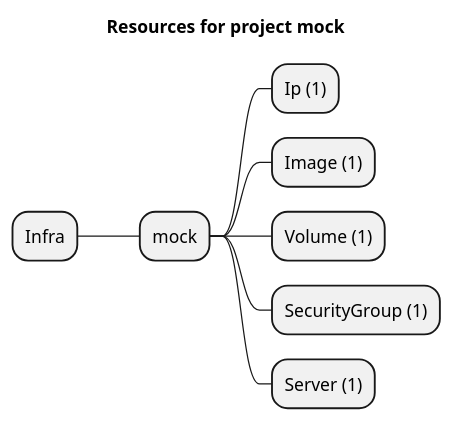
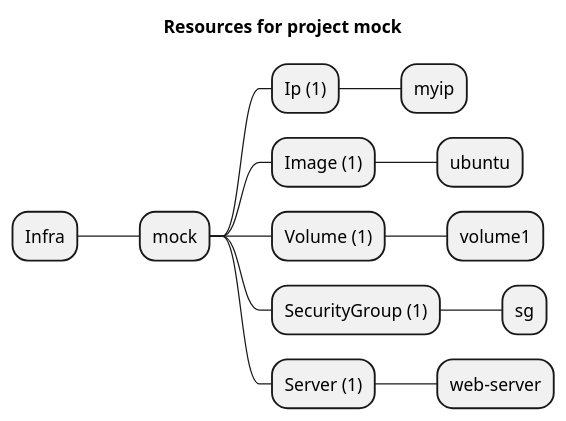
Before and after one commit to grucloud/grucloud: the diagram in packages/providers/mock/resources-mindmap.puml, drawn with PlantUML. The commit also changed 25 other files, not shown here.

Commit message:
add aws examples mindmap

```diff
--- a/packages/providers/mock/resources-mindmap.puml
+++ b/packages/providers/mock/resources-mindmap.puml
@@ -1,11 +1,16 @@
 @startmindmap
 title Resources for project mock
 skinparam monochrome true
 + Infra
 ++ mock
 +++ Ip (1)
+++++ myip
 +++ Image (1)
+++++ ubuntu
 +++ Volume (1)
+++++ volume1
 +++ SecurityGroup (1)
+++++ sg
 +++ Server (1)
+++++ web-server
 @endmindmap
```
